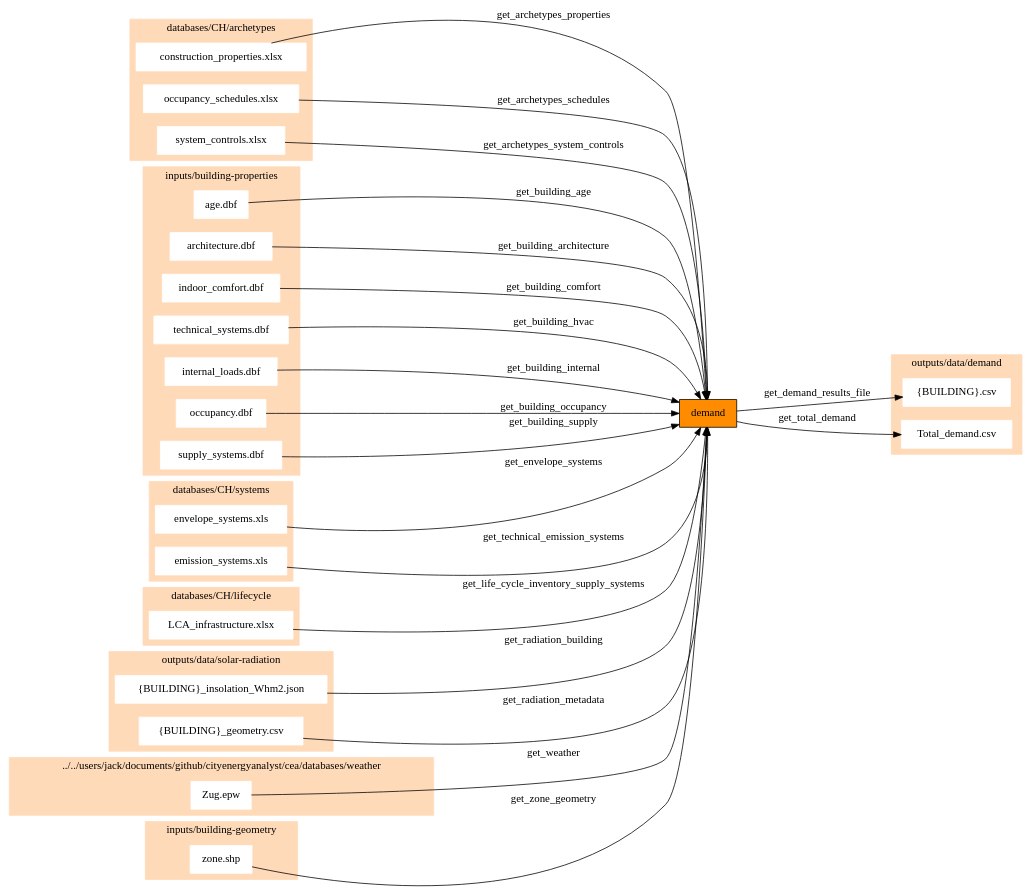
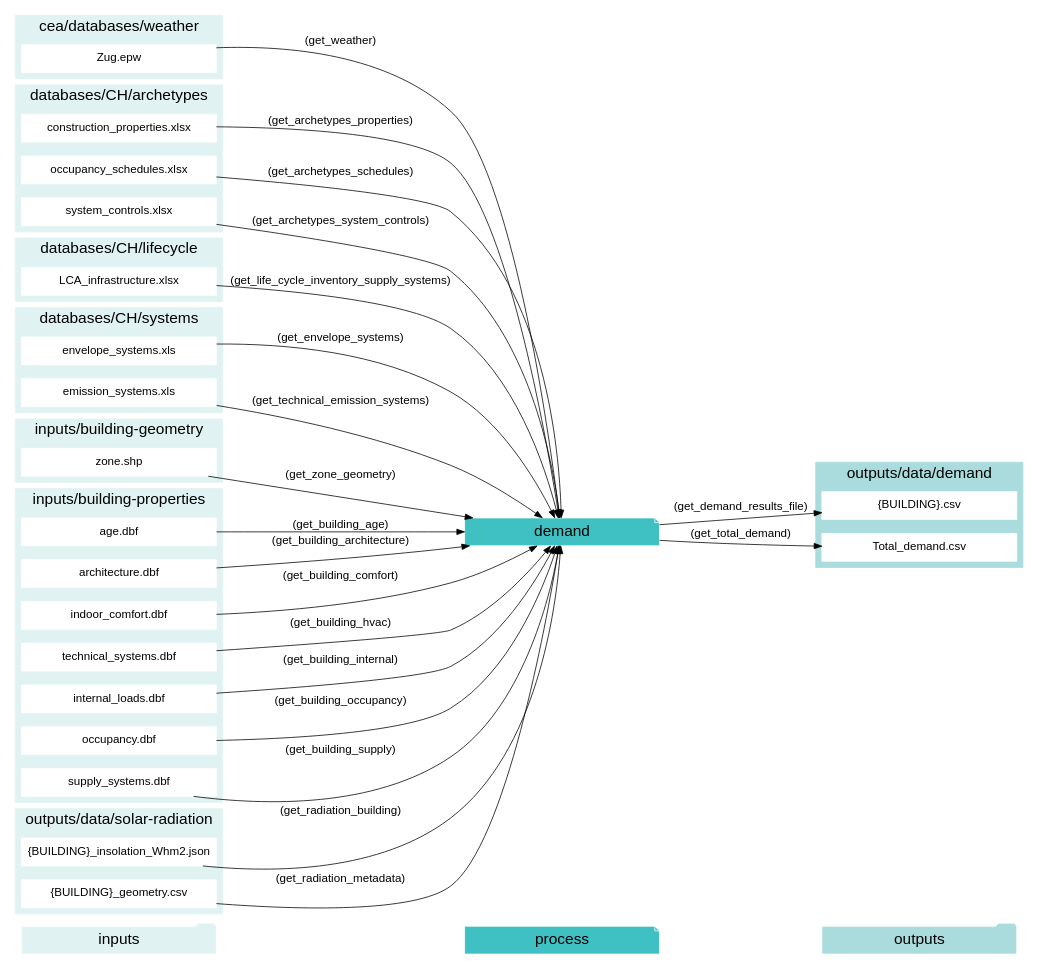
Before and after one commit to architecture-building-systems/CityEnergyAnalyst: the diagram in docs/script_dependencies/demand.gv, drawn with Graphviz. The commit also changed 20 other files, not shown here.

```diff
--- a/docs/script_dependencies/demand.gv
+++ b/docs/script_dependencies/demand.gv
@@ -1,84 +1,111 @@
 digraph trace_inputlocator {
     rankdir="LR";
-    node [shape=box];
-    graph [overlap = false];
-    "demand"[style=filled, fillcolor=darkorange];
-    "construction_properties.xlsx" -> "demand"[label="get_archetypes_properties"]
-    "occupancy_schedules.xlsx" -> "demand"[label="get_archetypes_schedules"]
-    "system_controls.xlsx" -> "demand"[label="get_archetypes_system_controls"]
-    "age.dbf" -> "demand"[label="get_building_age"]
-    "architecture.dbf" -> "demand"[label="get_building_architecture"]
-    "indoor_comfort.dbf" -> "demand"[label="get_building_comfort"]
-    "technical_systems.dbf" -> "demand"[label="get_building_hvac"]
-    "internal_loads.dbf" -> "demand"[label="get_building_internal"]
-    "occupancy.dbf" -> "demand"[label="get_building_occupancy"]
-    "supply_systems.dbf" -> "demand"[label="get_building_supply"]
-    "envelope_systems.xls" -> "demand"[label="get_envelope_systems"]
-    "LCA_infrastructure.xlsx" -> "demand"[label="get_life_cycle_inventory_supply_systems"]
-    "{BUILDING}_insolation_Whm2.json" -> "demand"[label="get_radiation_building"]
-    "{BUILDING}_geometry.csv" -> "demand"[label="get_radiation_metadata"]
-    "emission_systems.xls" -> "demand"[label="get_technical_emission_systems"]
-    "Zug.epw" -> "demand"[label="get_weather"]
-    "zone.shp" -> "demand"[label="get_zone_geometry"]
-    "demand" -> "{BUILDING}.csv"[label="get_demand_results_file"]
-    "demand" -> "Total_demand.csv"[label="get_total_demand"]
-    subgraph cluster_0 {
+    graph [overlap=false, fontname=arial];
+    node [shape=box, style=filled, color=white, fontsize=15, fontname=arial, fixedsize=true, width=3.503];
+    edge [fontname=arial, fontsize = 15]
+    newrank=true
+    subgraph cluster_legend {
+    fontsize=25
+    style=invis
+    "process"[style=filled, fillcolor="#3FC0C2", shape=note, fontsize=20, fontname="arial"]
+    "inputs" [style=filled, shape=folder, color=white, fillcolor="#E1F2F2", fontsize=20]
+    "outputs"[style=filled, shape=folder, color=white, fillcolor="#aadcdd", fontsize=20]
+    "inputs"->"process"[style=invis]
+    "process"->"outputs"[style=invis]
+    }
+    "demand"[style=filled, color=white, fillcolor="#3FC0C2", shape=note, fontsize=20, fontname=arial];
+    subgraph cluster_0_in {
         style = filled;
-        color = peachpuff;
-        label="../../users/jack/documents/github/cityenergyanalyst/cea/databases/weather";
-    "Zug.epw"[style=filled, color=white]
+        color = "#E1F2F2";
+        fontsize = 20;
+        rank=same;
+        label="cea/databases/weather";
+        "Zug.epw"
     }
-    subgraph cluster_1 {
+    subgraph cluster_1_in {
         style = filled;
-        color = peachpuff;
+        color = "#E1F2F2";
+        fontsize = 20;
+        rank=same;
         label="databases/CH/archetypes";
-    "construction_properties.xlsx"[style=filled, color=white]
-    "occupancy_schedules.xlsx"[style=filled, color=white]
-    "system_controls.xlsx"[style=filled, color=white]
+        "construction_properties.xlsx"
+        "occupancy_schedules.xlsx"
+        "system_controls.xlsx"
     }
-    subgraph cluster_2 {
+    subgraph cluster_2_in {
         style = filled;
-        color = peachpuff;
+        color = "#E1F2F2";
+        fontsize = 20;
+        rank=same;
         label="databases/CH/lifecycle";
-    "LCA_infrastructure.xlsx"[style=filled, color=white]
+        "LCA_infrastructure.xlsx"
     }
-    subgraph cluster_3 {
+    subgraph cluster_3_in {
         style = filled;
-        color = peachpuff;
+        color = "#E1F2F2";
+        fontsize = 20;
+        rank=same;
         label="databases/CH/systems";
-    "envelope_systems.xls"[style=filled, color=white]
-    "emission_systems.xls"[style=filled, color=white]
+        "envelope_systems.xls"
+        "emission_systems.xls"
     }
-    subgraph cluster_4 {
+    subgraph cluster_4_in {
         style = filled;
-        color = peachpuff;
+        color = "#E1F2F2";
+        fontsize = 20;
+        rank=same;
         label="inputs/building-geometry";
-    "zone.shp"[style=filled, color=white]
+        "zone.shp"
     }
-    subgraph cluster_5 {
+    subgraph cluster_5_in {
         style = filled;
-        color = peachpuff;
+        color = "#E1F2F2";
+        fontsize = 20;
+        rank=same;
         label="inputs/building-properties";
-    "age.dbf"[style=filled, color=white]
-    "architecture.dbf"[style=filled, color=white]
-    "indoor_comfort.dbf"[style=filled, color=white]
-    "technical_systems.dbf"[style=filled, color=white]
-    "internal_loads.dbf"[style=filled, color=white]
-    "occupancy.dbf"[style=filled, color=white]
-    "supply_systems.dbf"[style=filled, color=white]
+        "age.dbf"
+        "architecture.dbf"
+        "indoor_comfort.dbf"
+        "technical_systems.dbf"
+        "internal_loads.dbf"
+        "occupancy.dbf"
+        "supply_systems.dbf"
     }
-    subgraph cluster_6 {
+    subgraph cluster_6_out {
         style = filled;
-        color = peachpuff;
+        color = "#aadcdd";
+        fontsize = 20;
+        rank=same;
         label="outputs/data/demand";
-    "{BUILDING}.csv"[style=filled, color=white]
-    "Total_demand.csv"[style=filled, color=white]
+        "{BUILDING}.csv"
+        "Total_demand.csv"
     }
-    subgraph cluster_7 {
+    subgraph cluster_7_in {
         style = filled;
-        color = peachpuff;
+        color = "#E1F2F2";
+        fontsize = 20;
+        rank=same;
         label="outputs/data/solar-radiation";
-    "{BUILDING}_insolation_Whm2.json"[style=filled, color=white]
-    "{BUILDING}_geometry.csv"[style=filled, color=white]
+        "{BUILDING}_insolation_Whm2.json"
+        "{BUILDING}_geometry.csv"
     }
-    }
+    "construction_properties.xlsx" -> "demand"[label="(get_archetypes_properties)"]
+    "occupancy_schedules.xlsx" -> "demand"[label="(get_archetypes_schedules)"]
+    "system_controls.xlsx" -> "demand"[label="(get_archetypes_system_controls)"]
+    "age.dbf" -> "demand"[label="(get_building_age)"]
+    "architecture.dbf" -> "demand"[label="(get_building_architecture)"]
+    "indoor_comfort.dbf" -> "demand"[label="(get_building_comfort)"]
+    "technical_systems.dbf" -> "demand"[label="(get_building_hvac)"]
+    "internal_loads.dbf" -> "demand"[label="(get_building_internal)"]
+    "occupancy.dbf" -> "demand"[label="(get_building_occupancy)"]
+    "supply_systems.dbf" -> "demand"[label="(get_building_supply)"]
+    "envelope_systems.xls" -> "demand"[label="(get_envelope_systems)"]
+    "LCA_infrastructure.xlsx" -> "demand"[label="(get_life_cycle_inventory_supply_systems)"]
+    "{BUILDING}_insolation_Whm2.json" -> "demand"[label="(get_radiation_building)"]
+    "{BUILDING}_geometry.csv" -> "demand"[label="(get_radiation_metadata)"]
+    "emission_systems.xls" -> "demand"[label="(get_technical_emission_systems)"]
+    "Zug.epw" -> "demand"[label="(get_weather)"]
+    "zone.shp" -> "demand"[label="(get_zone_geometry)"]
+    "demand" -> "{BUILDING}.csv"[label="(get_demand_results_file)"]
+    "demand" -> "Total_demand.csv"[label="(get_total_demand)"]
+}
```
